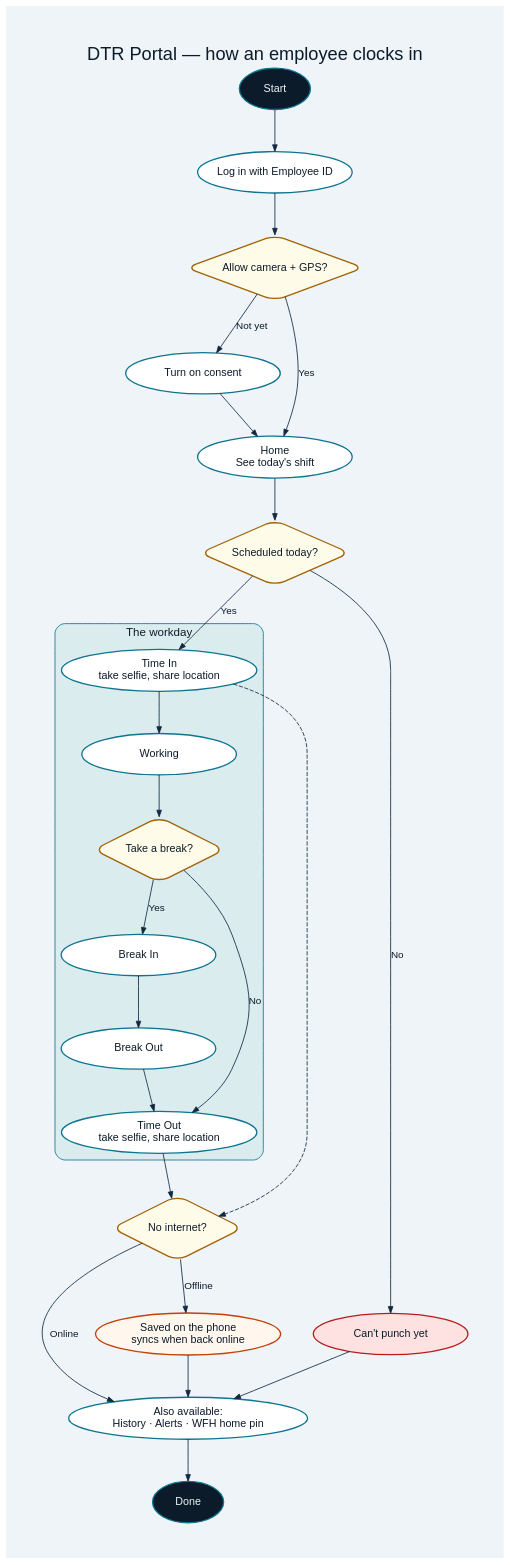
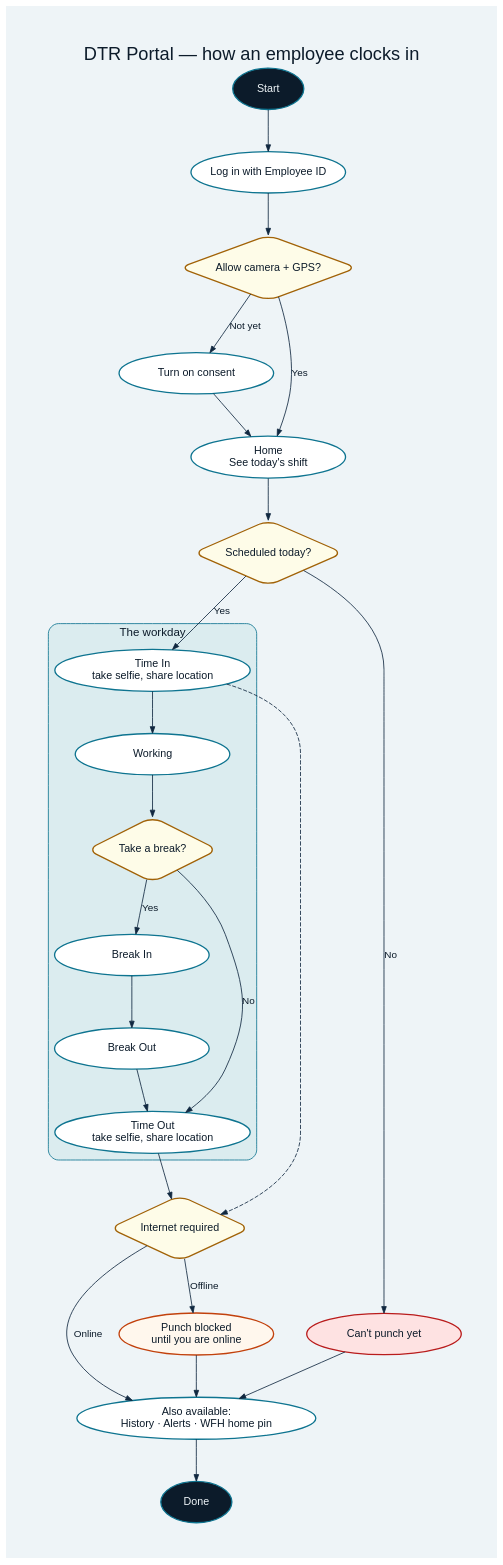
The diagram in docs/diagrams/portal-flowchart.dot (yaboijem/dtrsys-backend), drawn with Graphviz before and after one commit. The commit also changed 71 other files, not shown here.

Commit message:
dropped offline synch punch in

```diff
--- a/docs/diagrams/portal-flowchart.dot
+++ b/docs/diagrams/portal-flowchart.dot
@@ -1,81 +1,81 @@
 digraph "DTR Portal" {
   graph [
     fontname = "Helvetica, Arial"
     fontsize = 22
     fontcolor = "#0c1b2a"
     label = "DTR Portal — how an employee clocks in"
     labelloc = t
     rankdir = TB
     splines = true
     nodesep = 0.55
     ranksep = 0.7
     bgcolor = "#eef4f7"
     pad = 0.6
   ]
   node [
     fontname = "Helvetica, Arial"
     fontsize = 13
     fontcolor = "#0c1b2a"
     style = "rounded,filled"
     fillcolor = "#ffffff"
     color = "#0e7490"
     penwidth = 1.6
     width = 2.6
     height = 0.7
   ]
   edge [
     fontname = "Helvetica, Arial"
     fontsize = 12
     fontcolor = "#0c1b2a"
     color = "#102840"
     arrowsize = 0.8
   ]
 
   start [label = "Start" shape = oval fillcolor = "#0c1b2a" fontcolor = "#eef4f7" width = 1.2]
   login [label = "Log in with Employee ID"]
   consent [label = "Allow camera + GPS?" shape = diamond fillcolor = "#fefce8" color = "#a16207" width = 2.4 height = 1.1]
   allow [label = "Turn on consent"]
   home [label = "Home\nSee today's shift"]
   shift [label = "Scheduled today?" shape = diamond fillcolor = "#fefce8" color = "#a16207" width = 2.4 height = 1.1]
   noshift [label = "Can't punch yet" fillcolor = "#fee2e2" color = "#b91c1c"]
 
   subgraph cluster_day {
     label = "The workday"
     fontname = "Helvetica, Arial"
     fontsize = 14
     fontcolor = "#0c1b2a"
     color = "#0e7490"
     style = "rounded,filled"
     fillcolor = "#dbecef"
     timein [label = "Time In\ntake selfie, share location"]
     working [label = "Working"]
     breakq [label = "Take a break?" shape = diamond fillcolor = "#fefce8" color = "#a16207" width = 2.2 height = 1.1]
     brkin [label = "Break In"]
     brkout [label = "Break Out"]
     timeout [label = "Time Out\ntake selfie, share location"]
   }
 
-  net [label = "No internet?" shape = diamond fillcolor = "#fefce8" color = "#a16207" width = 2.2 height = 1.1]
-  queue [label = "Saved on the phone\nsyncs when back online" fillcolor = "#fff7ed" color = "#c2410c"]
+  net [label = "Internet required" shape = diamond fillcolor = "#fefce8" color = "#a16207" width = 2.2 height = 1.1]
+  blocked [label = "Punch blocked\nuntil you are online" fillcolor = "#fff7ed" color = "#c2410c"]
   extras [label = "Also available:\nHistory · Alerts · WFH home pin"]
   end [label = "Done" shape = oval fillcolor = "#0c1b2a" fontcolor = "#eef4f7" width = 1.2]
 
   start -> login -> consent
   consent -> allow [label = "Not yet"]
   allow -> home
   consent -> home [label = "Yes"]
   home -> shift
   shift -> noshift [label = "No"]
   noshift -> extras
   shift -> timein [label = "Yes"]
   timein -> working -> breakq
   breakq -> brkin [label = "Yes"]
   brkin -> brkout -> timeout
   breakq -> timeout [label = "No"]
   timeout -> net
   timein -> net [style = dashed]
-  net -> queue [label = "Offline"]
+  net -> blocked [label = "Offline"]
   net -> extras [label = "Online"]
-  queue -> extras
+  blocked -> extras
   extras -> end
 }
```
